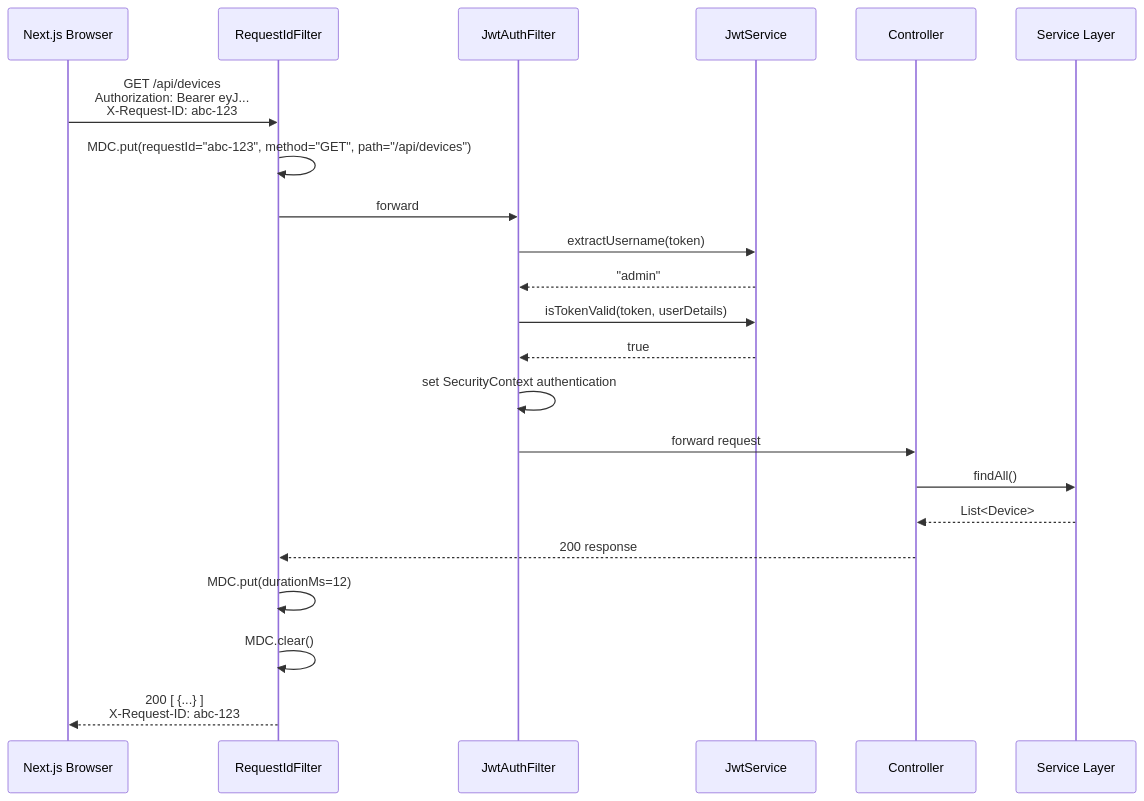
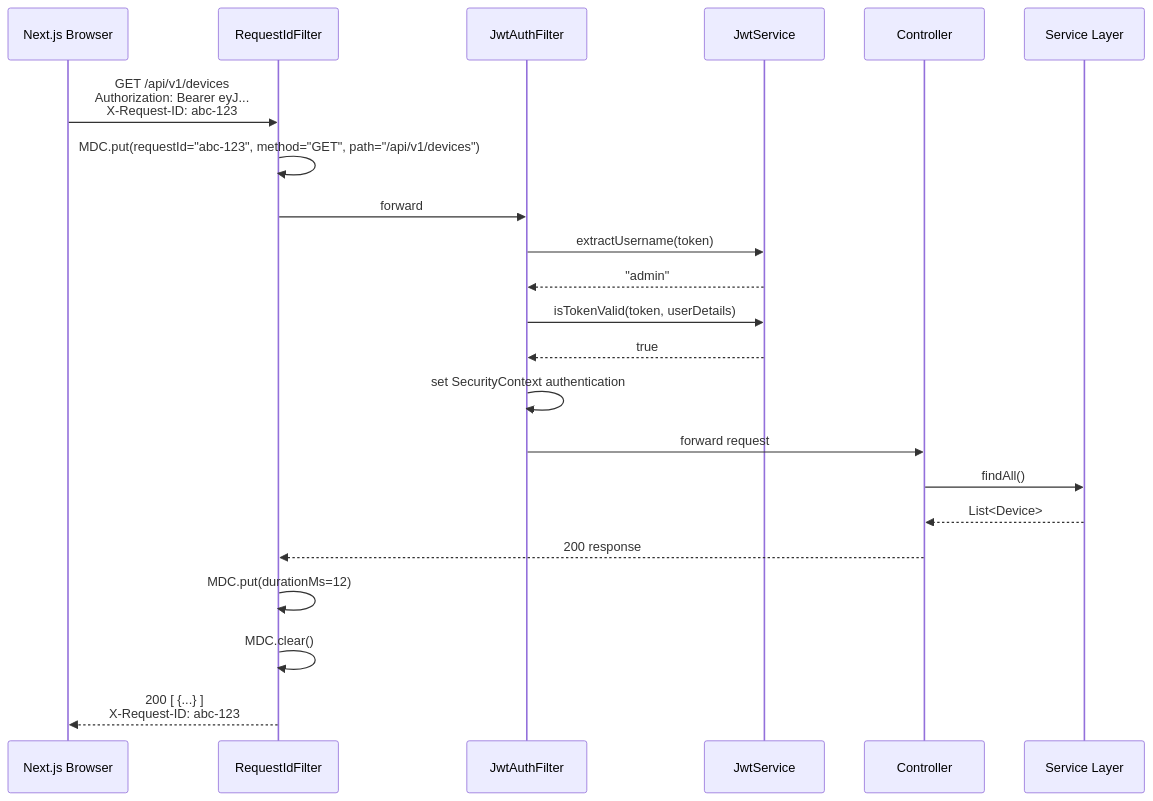
Before and after one commit to thitipongroo/sentinel-iot-platform: the fifth of 9 diagrams in docs/sequence-diagrams.md, drawn with Mermaid. The commit also changed other lines of this file and 5 other files, not shown here.

````diff
--- a/docs/sequence-diagrams.md
+++ b/docs/sequence-diagrams.md
@@ -187,27 +187,27 @@
 ```mermaid
 sequenceDiagram
     participant Browser as Next.js Browser
     participant RID as RequestIdFilter
     participant FILTER as JwtAuthFilter
     participant JWT as JwtService
     participant CTRL as Controller
     participant SVC as Service Layer
 
-    Browser->>RID: GET /api/devices<br/>Authorization: Bearer eyJ...<br/>X-Request-ID: abc-123
-    RID->>RID: MDC.put(requestId="abc-123", method="GET", path="/api/devices")
+    Browser->>RID: GET /api/v1/devices<br/>Authorization: Bearer eyJ...<br/>X-Request-ID: abc-123
+    RID->>RID: MDC.put(requestId="abc-123", method="GET", path="/api/v1/devices")
     RID->>FILTER: forward
 
     FILTER->>JWT: extractUsername(token)
     JWT-->>FILTER: "admin"
     FILTER->>JWT: isTokenValid(token, userDetails)
     JWT-->>FILTER: true
     FILTER->>FILTER: set SecurityContext authentication
 
     FILTER->>CTRL: forward request
     CTRL->>SVC: findAll()
     SVC-->>CTRL: List<Device>
     CTRL-->>RID: 200 response
     RID->>RID: MDC.put(durationMs=12)
     RID->>RID: MDC.clear()
     RID-->>Browser: 200 [ {...} ]<br/>X-Request-ID: abc-123
 ```
````
